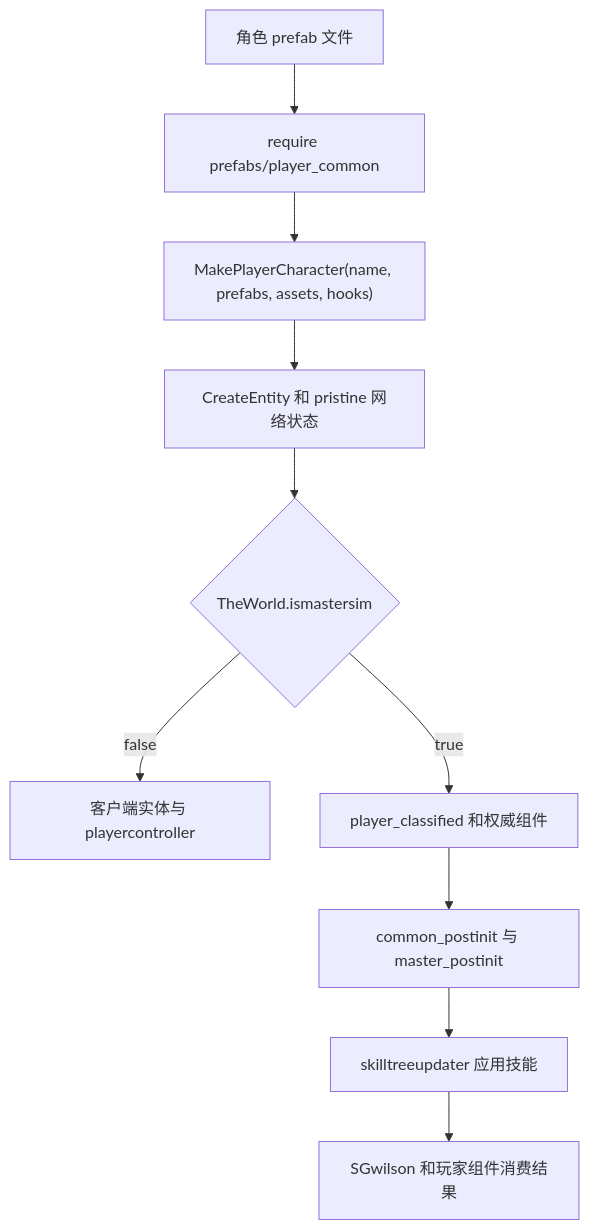
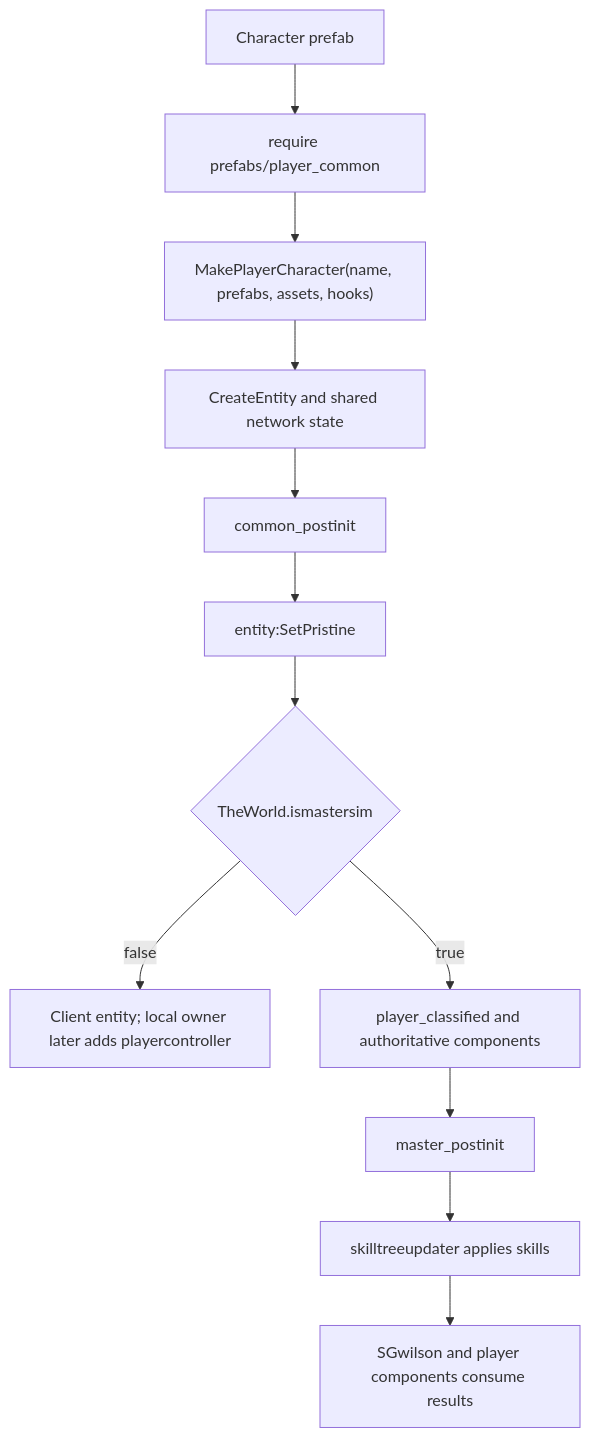
One commit to LetsStarveTogether/dst-server changed the diagram in dst-scripts/index/0x6000-gameplay-systems/0x6100-characters-creatures/0x6101-characters-skilltrees.md. Above: the diagram before and after it, drawn with Mermaid. The commit also changed other lines of this file and 83 other files, not shown here.

```diff
--- a/dst-scripts/index/0x6000-gameplay-systems/0x6100-characters-creatures/0x6101-characters-skilltrees.md
+++ b/dst-scripts/index/0x6000-gameplay-systems/0x6100-characters-creatures/0x6101-characters-skilltrees.md
@@ -80,13 +82,15 @@
 ~~~mermaid
 flowchart TD
-    A["角色 prefab 文件"]
+    A["Character prefab"]
     A --> B["require prefabs/player_common"]
     B --> C["MakePlayerCharacter(name, prefabs, assets, hooks)"]
-    C --> D["CreateEntity 和 pristine 网络状态"]
-    D --> E{"TheWorld.ismastersim"}
-    E -->|false| F["客户端实体与 playercontroller"]
-    E -->|true| G["player_classified 和权威组件"]
-    G --> H["common_postinit 与 master_postinit"]
-    H --> I["skilltreeupdater 应用技能"]
-    I --> J["SGwilson 和玩家组件消费结果"]
+    C --> D["CreateEntity and shared network state"]
+    D --> E["common_postinit"]
+    E --> F["entity:SetPristine"]
+    F --> G{"TheWorld.ismastersim"}
+    G -->|false| H["Client entity; local owner later adds playercontroller"]
+    G -->|true| I["player_classified and authoritative components"]
+    I --> J["master_postinit"]
+    J --> K["skilltreeupdater applies skills"]
+    K --> L["SGwilson and player components consume results"]
 ~~~
```
